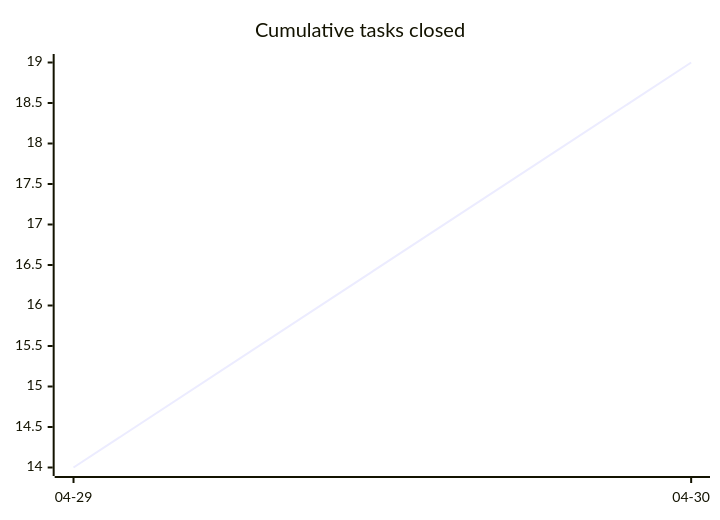
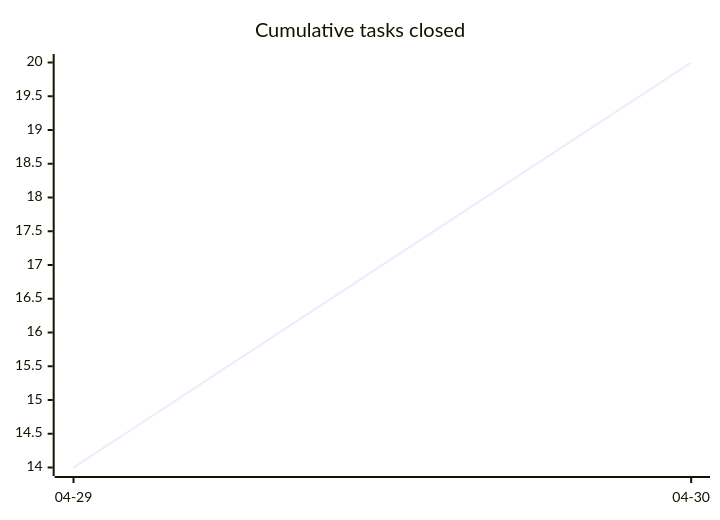
One commit to tgd1975/AwesomeStudioPedal changed the first of 3 diagrams in docs/developers/tasks/OVERVIEW.md. Above: the diagram before and after it, drawn with Mermaid. The commit also changed other lines of this file and 16 other files, not shown here.

First line of the commit message:
fix(ci): close TASK-321 — Mermaid lint, clang-tidy, and local-vs-CI gap

````diff
--- a/docs/developers/tasks/OVERVIEW.md
+++ b/docs/developers/tasks/OVERVIEW.md
@@ -20,6 +20,6 @@
 ```mermaid
 xychart-beta
     title "Cumulative tasks closed"
     x-axis ["04-29", "04-30"]
-    line [14, 19]
+    line [14, 20]
 ```
````
